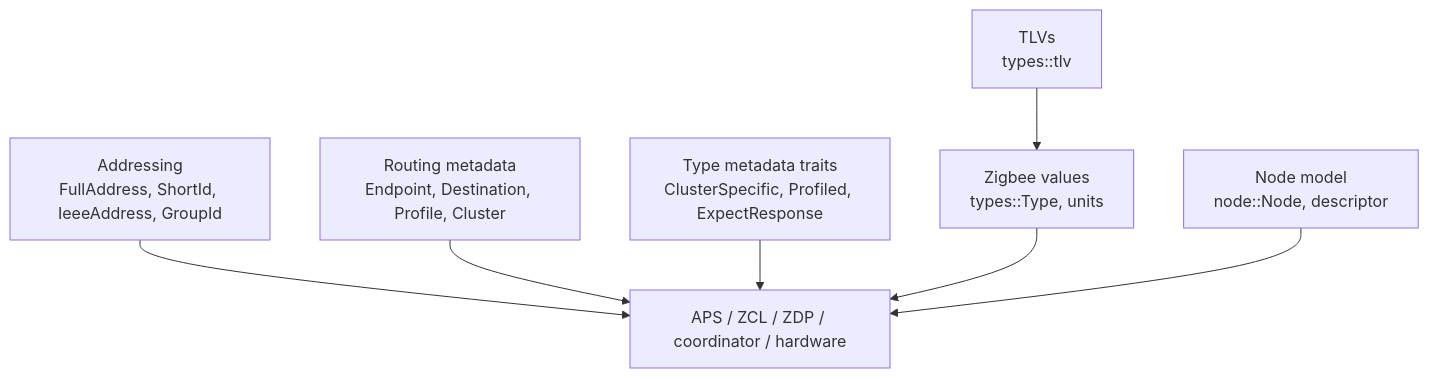
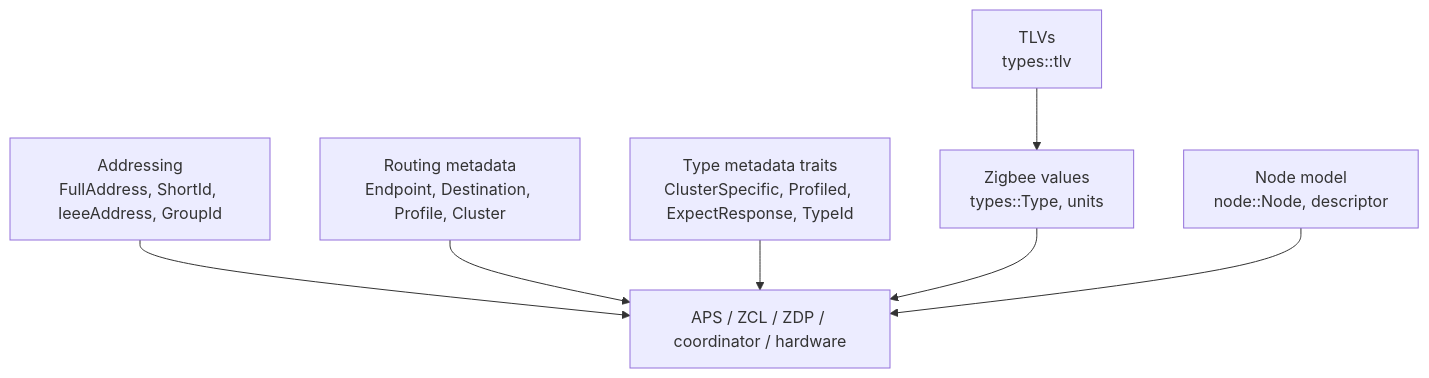
Before and after one commit to PaulmannLighting/apis-saltans: the first of 2 diagrams in core/ARCHITECTURE.md, drawn with Mermaid. The commit also changed other lines of this file and 15 other files, not shown here.

````diff
--- a/core/ARCHITECTURE.md
+++ b/core/ARCHITECTURE.md
@@ -11,17 +11,17 @@
 ```mermaid
 flowchart TD
     Addressing["Addressing<br/>FullAddress, ShortId, IeeeAddress, GroupId"]
     Routing["Routing metadata<br/>Endpoint, Destination, Profile, Cluster"]
-    Traits["Type metadata traits<br/>ClusterSpecific, Profiled, ExpectResponse"]
+    Traits["Type metadata traits<br/>ClusterSpecific, Profiled, ExpectResponse, TypeId"]
     Values["Zigbee values<br/>types::Type, units"]
     Tlv["TLVs<br/>types::tlv"]
     Node["Node model<br/>node::Node, descriptor"]
     Protocols["APS / ZCL / ZDP / coordinator / hardware"]
 
     Addressing --> Protocols
     Routing --> Protocols
     Traits --> Protocols
     Values --> Protocols
     Tlv --> Values
     Node --> Protocols
 ```
````
